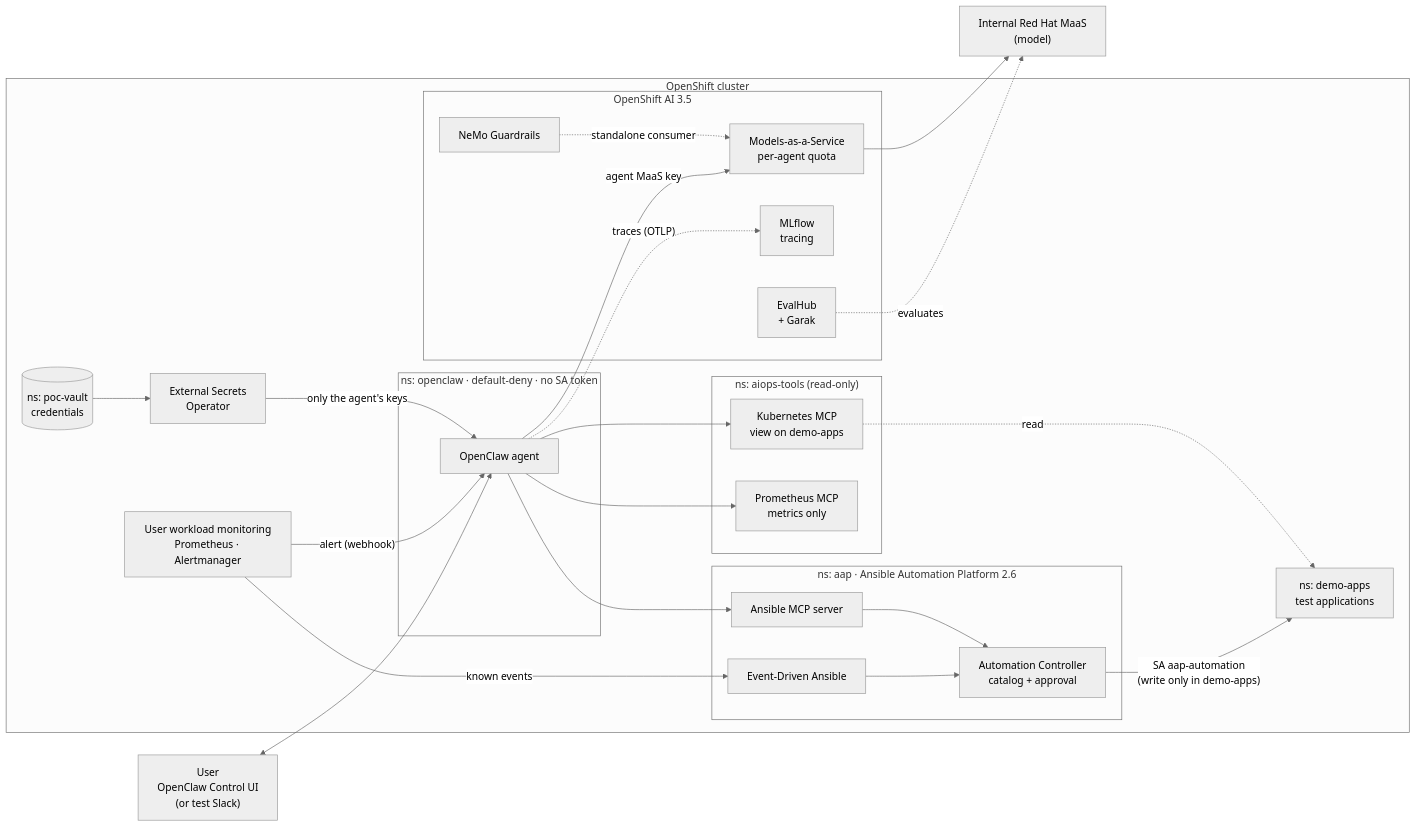
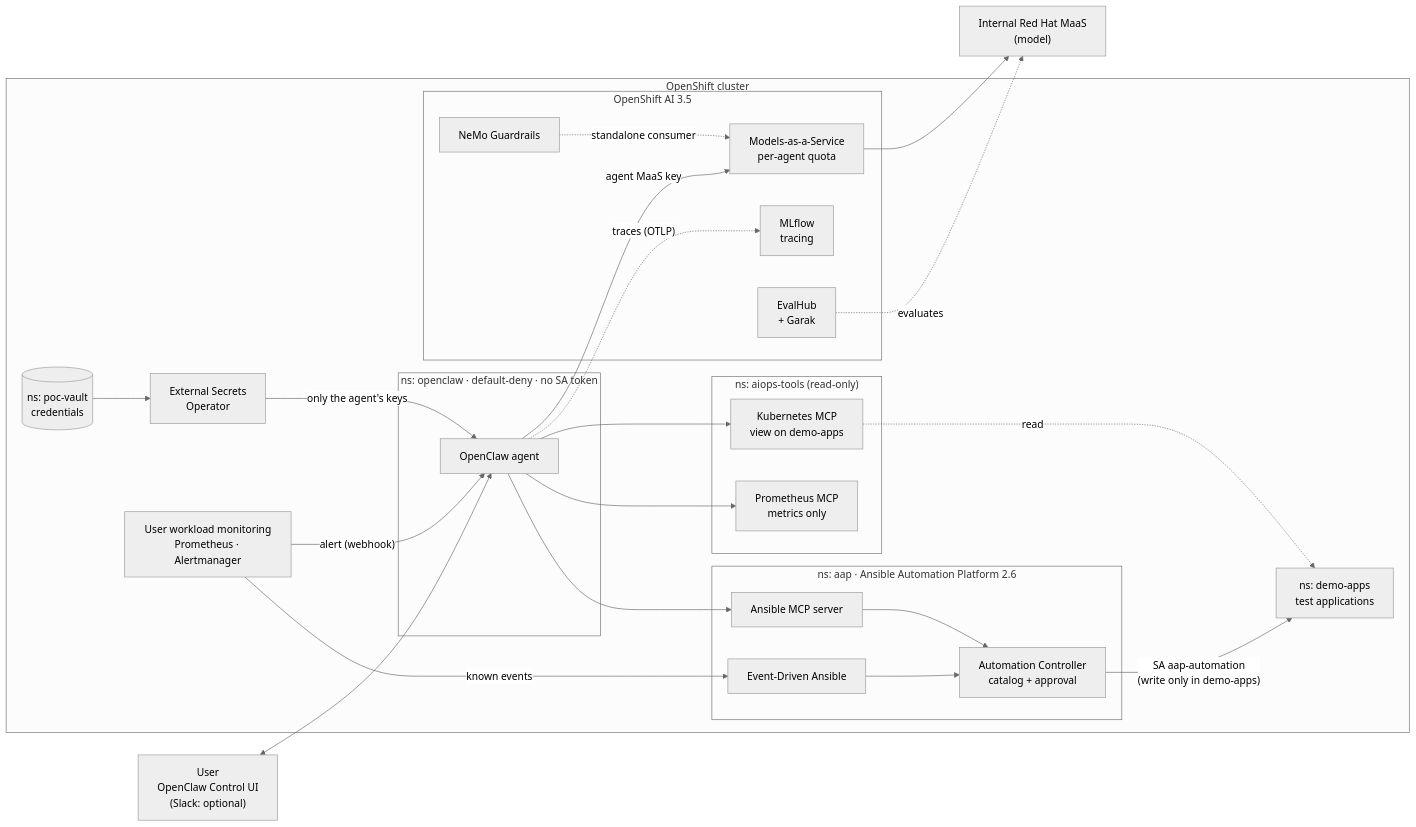
The first of 2 diagrams in README.md (lccherri/openclaw-aiops-poc), drawn with Mermaid (neutral theme) before and after one commit. The commit also changed other lines of this file and 28 other files, not shown here.

````diff
--- a/README.md
+++ b/README.md
@@ -54,50 +54,50 @@
 ```mermaid
 flowchart LR
-    U["User<br/>OpenClaw Control UI<br/>(or test Slack)"]
+    U["User<br/>OpenClaw Control UI<br/>(Slack: optional)"]
 
     subgraph OCP["OpenShift cluster"]
         subgraph AG["ns: openclaw · default-deny · no SA token"]
             OC["OpenClaw agent"]
         end
 
         VAULT[("ns: poc-vault<br/>credentials")]
         ESO["External Secrets<br/>Operator"]
 
         subgraph RHOAI["OpenShift AI 3.5"]
             MAAS["Models-as-a-Service<br/>per-agent quota"]
             GR["NeMo Guardrails"]
             MLF["MLflow<br/>tracing"]
             EVH["EvalHub<br/>+ Garak"]
         end
 
         subgraph TOOLS["ns: aiops-tools (read-only)"]
             MK["Kubernetes MCP<br/>view on demo-apps"]
             MP["Prometheus MCP<br/>metrics only"]
         end
 
         subgraph AAPNS["ns: aap · Ansible Automation Platform 2.6"]
             AMCP["Ansible MCP server"]
             CTRL["Automation Controller<br/>catalog + approval"]
             EDA["Event-Driven Ansible"]
         end
 
         MON["User workload monitoring<br/>Prometheus · Alertmanager"]
         APP["ns: demo-apps<br/>test applications"]
     end
 
     EXT["Internal Red Hat MaaS<br/>(model)"]
 
     U <--> OC
     VAULT --> ESO -- "only the agent's keys" --> OC
     MON -- "alert (webhook)" --> OC
     MON -- "known events" --> EDA
     OC -- "agent MaaS key" --> MAAS --> EXT
     GR -. "standalone consumer" .-> MAAS
     OC -. "traces (OTLP)" .-> MLF
     OC --> MK
     OC --> MP
     OC --> AMCP --> CTRL -- "SA aap-automation<br/>(write only in demo-apps)" --> APP
     EDA --> CTRL
     EVH -. "evaluates" .-> EXT
     MK -. read .-> APP
 ```
````
